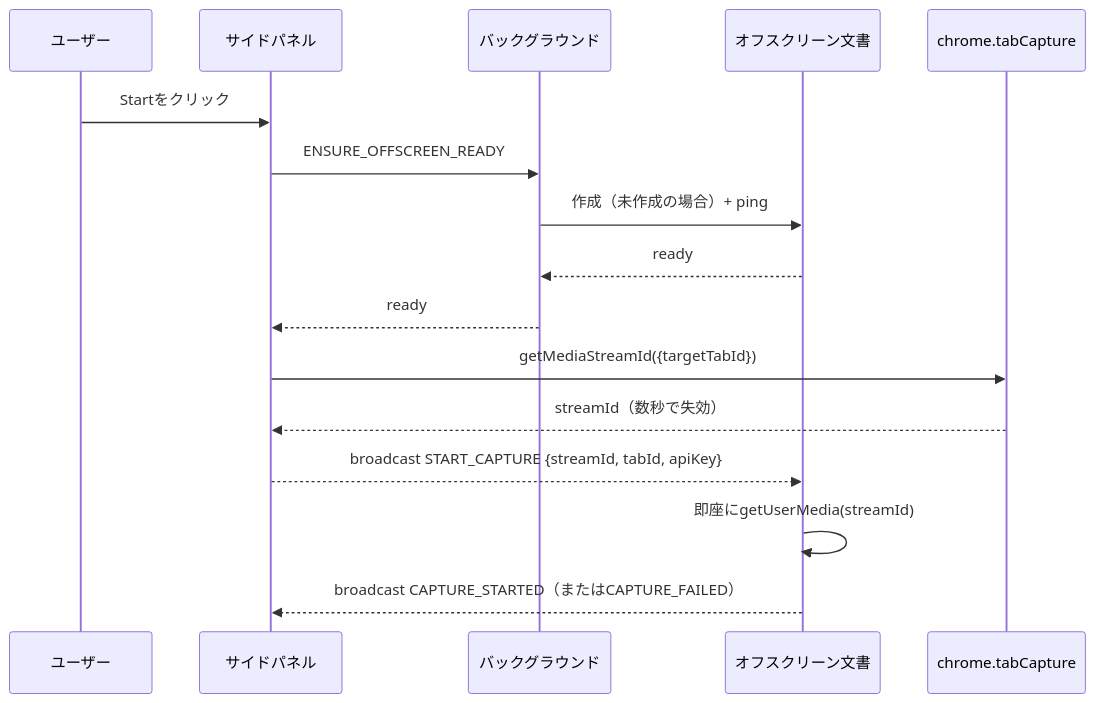
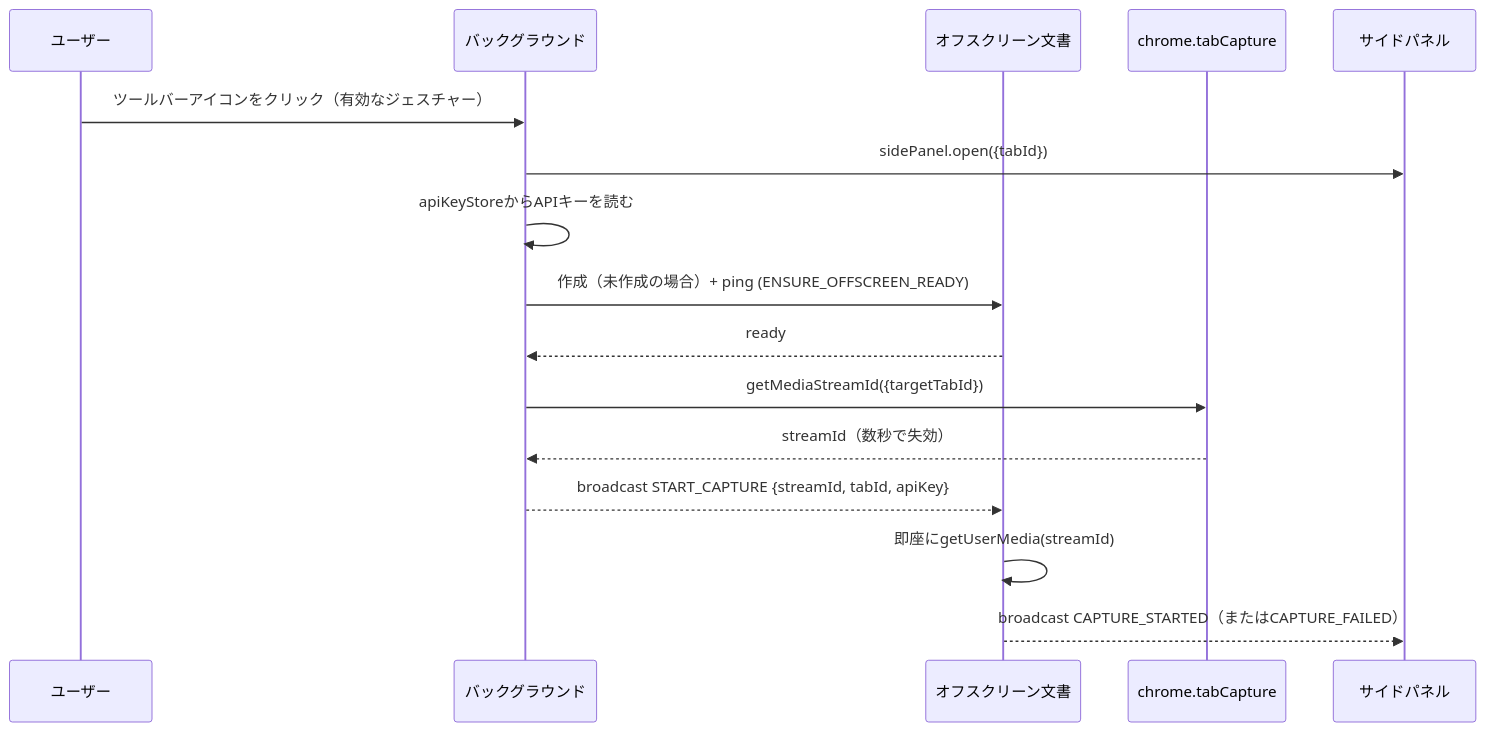
The second of 3 diagrams in docs/1-koemieru-mvp/design.md (satoryu/koemieru), drawn with Mermaid before and after one commit. The commit also changed other lines of this file and 6 other files, not shown here.

````diff
--- a/docs/1-koemieru-mvp/design.md
+++ b/docs/1-koemieru-mvp/design.md
@@ -73,19 +78,19 @@
 ```mermaid
 sequenceDiagram
     participant User as ユーザー
-    participant SP as サイドパネル
     participant BG as バックグラウンド
     participant OD as オフスクリーン文書
     participant Chrome as chrome.tabCapture
+    participant SP as サイドパネル
 
-    User->>SP: Startをクリック
-    SP->>BG: ENSURE_OFFSCREEN_READY
-    BG->>OD: 作成（未作成の場合）+ ping
+    User->>BG: ツールバーアイコンをクリック（有効なジェスチャー）
+    BG->>SP: sidePanel.open({tabId})
+    BG->>BG: apiKeyStoreからAPIキーを読む
+    BG->>OD: 作成（未作成の場合）+ ping (ENSURE_OFFSCREEN_READY)
     OD-->>BG: ready
-    BG-->>SP: ready
-    SP->>Chrome: getMediaStreamId({targetTabId})
-    Chrome-->>SP: streamId（数秒で失効）
-    SP-->>OD: broadcast START_CAPTURE {streamId, tabId, apiKey}
+    BG->>Chrome: getMediaStreamId({targetTabId})
+    Chrome-->>BG: streamId（数秒で失効）
+    BG-->>OD: broadcast START_CAPTURE {streamId, tabId, apiKey}
     OD->>OD: 即座にgetUserMedia(streamId)
     OD-->>SP: broadcast CAPTURE_STARTED（またはCAPTURE_FAILED）
 ```
````
